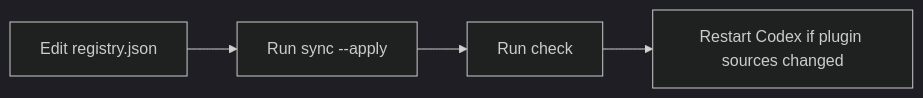
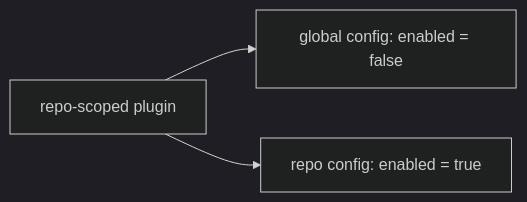
The second of 2 diagrams in docs/references/plugins-registry.md (wisdom-in-a-nutshell/.agents), drawn with Mermaid (dark theme) before and after one commit. The commit also changed other lines of this file and 79 other files, not shown here.

````diff
--- a/docs/references/plugins-registry.md
+++ b/docs/references/plugins-registry.md
@@ -42,6 +38,5 @@
 ```mermaid
 flowchart LR
-    A[Edit registry.json] --> B[Run sync --apply]
-    B --> C[Run check]
-    C --> D[Restart Codex if plugin sources changed]
+    A[repo-scoped plugin] --> B[global config: enabled = false]
+    A --> C[repo config: enabled = true]
 ```
````
